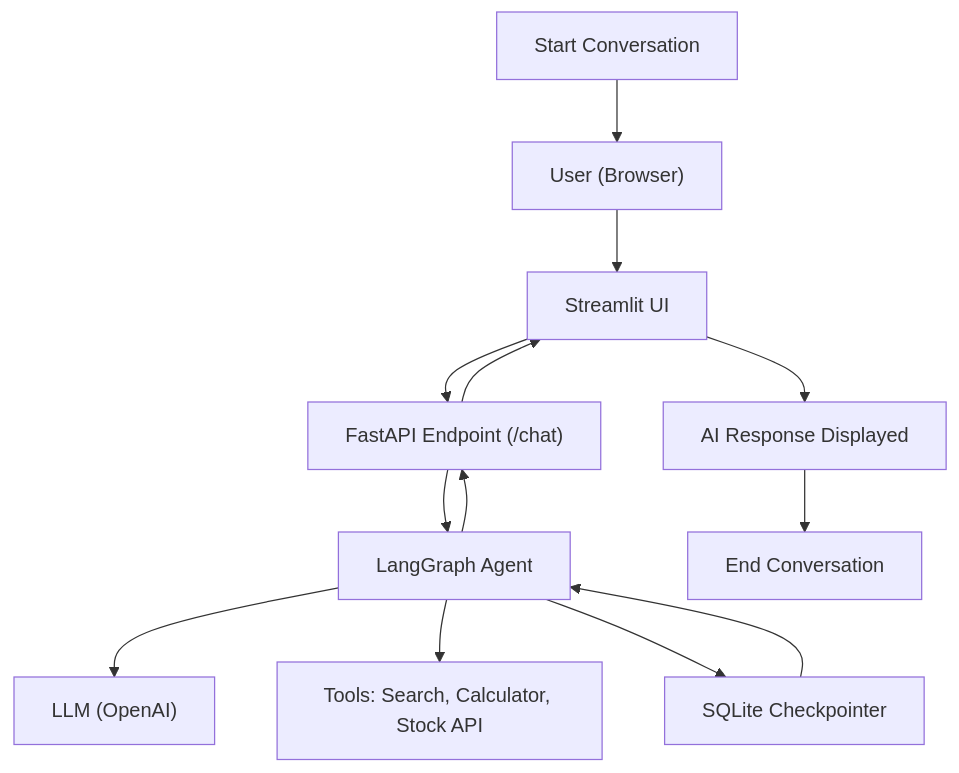
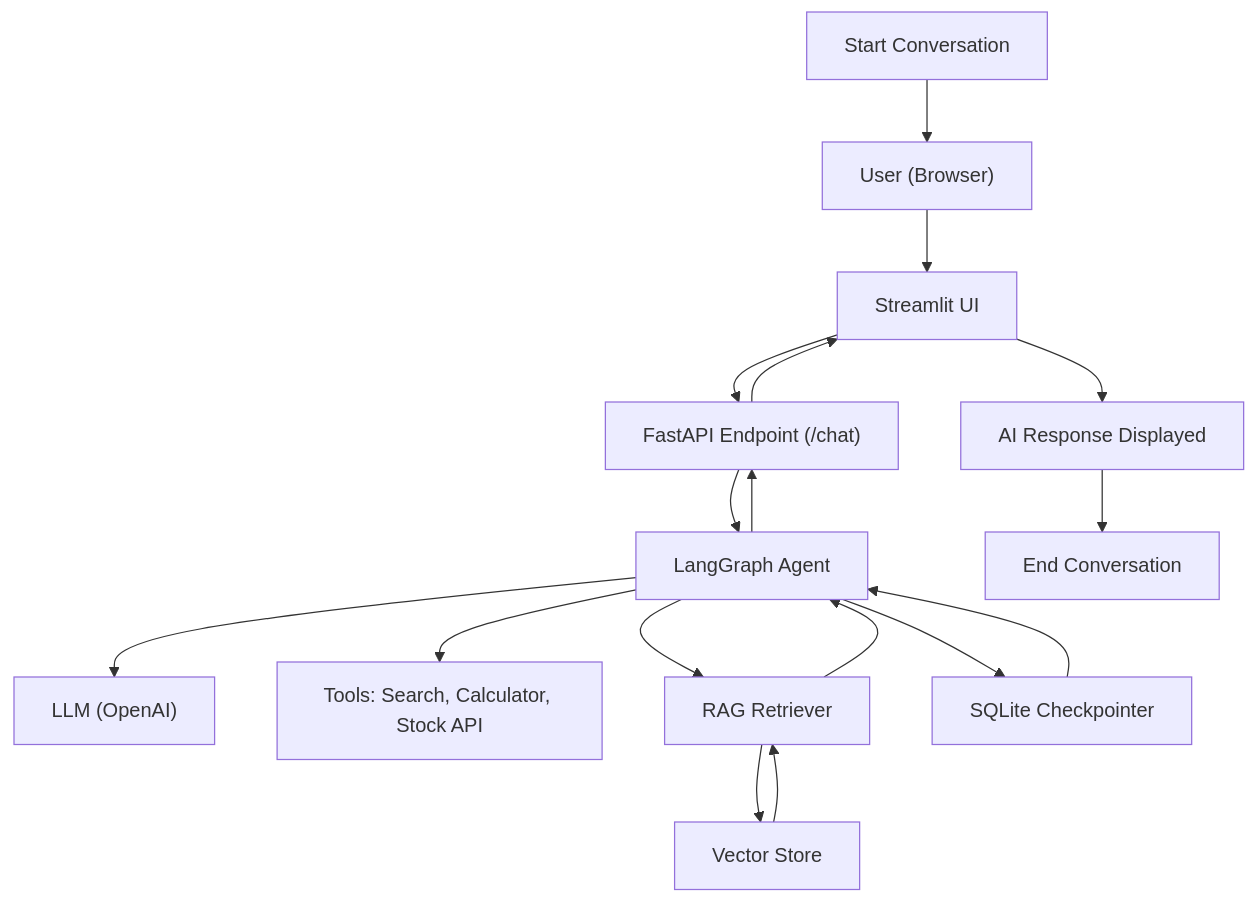
Before and after one commit to priyanshsingh11/agentic-ai-chatbot: the diagram in Better Version/README.md, drawn with Mermaid. The commit also changed other lines of this file, not shown here.

````diff
--- a/Better Version/README.md
+++ b/Better Version/README.md
@@ -22,35 +26,43 @@
 ```mermaid
 flowchart TD
     START["Start Conversation"]
 
     U["User (Browser)"]
     UI["Streamlit UI"]
 
     API["FastAPI Endpoint (/chat)"]
 
     AG["LangGraph Agent"]
     LLM["LLM (OpenAI)"]
     TOOLS["Tools: Search, Calculator, Stock API"]
 
+    RET["RAG Retriever"]
+    VS["Vector Store"]
+
     DB["SQLite Checkpointer"]
 
     RESP["AI Response Displayed"]
     END["End Conversation"]
 
     START --> U
     U --> UI
     UI --> API
     API --> AG
+
+    AG --> RET
+    RET --> VS
+    VS --> RET
+    RET --> AG
 
     AG --> LLM
     AG --> TOOLS
 
     AG --> DB
     DB --> AG
 
     AG --> API
     API --> UI
     UI --> RESP
 
     RESP --> END
 ```
````
